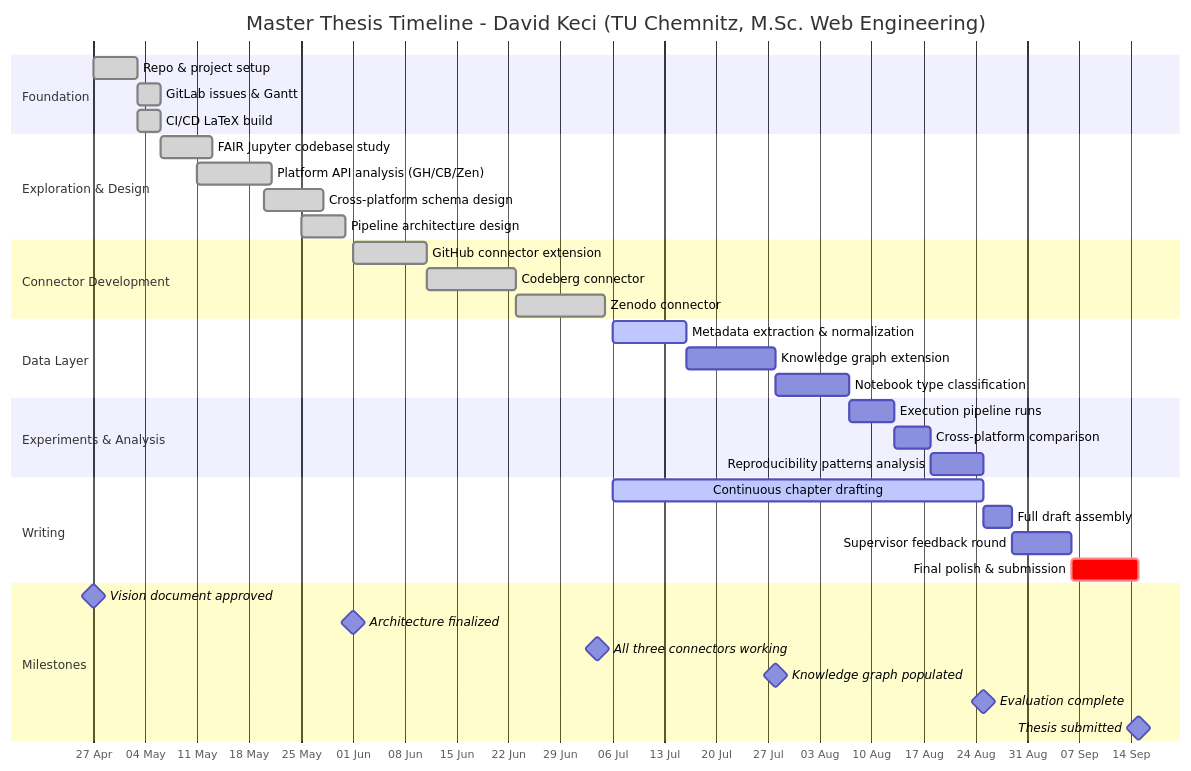
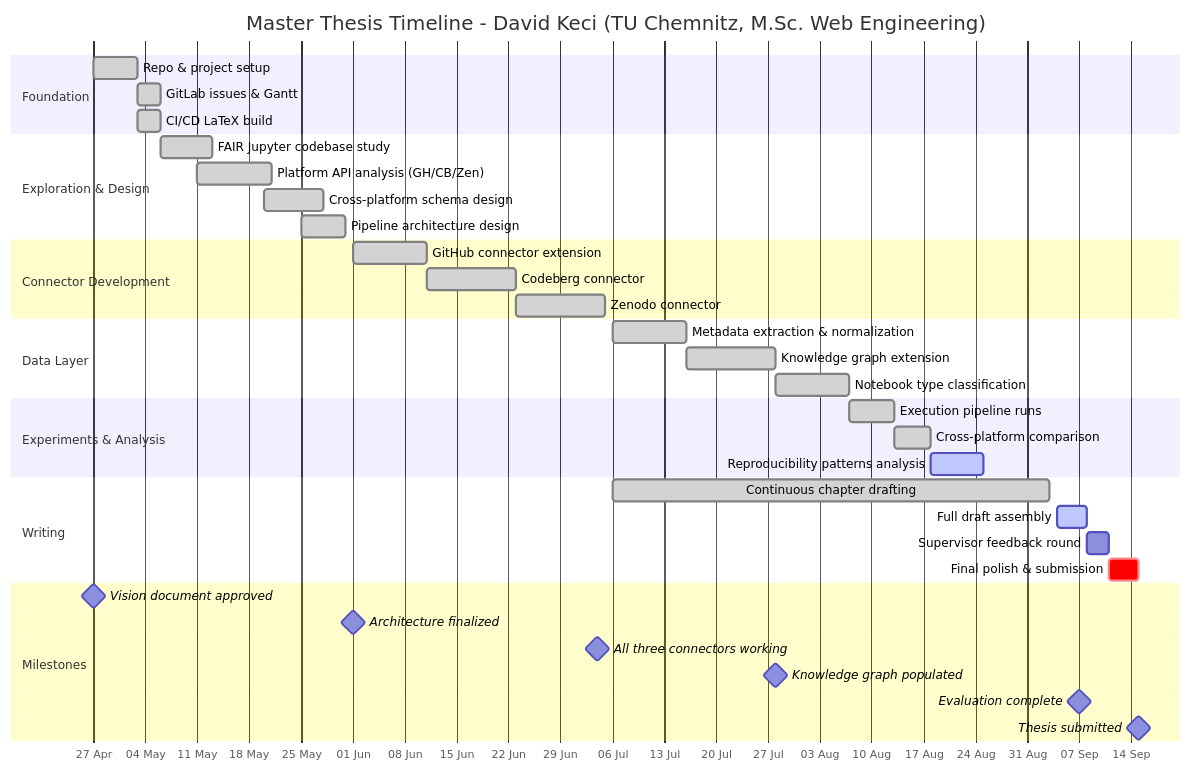
Before and after one commit to Davidi24/jupyter-notebook-reproducibility: the diagram in gantt.md, drawn with Mermaid. The commit also changed 27 other files, not shown here.

Commit message:
Update thesis writing: gantt, template, and new chapter drafts

````diff
--- a/gantt.md
+++ b/gantt.md
@@ -1,48 +1,48 @@
 ```mermaid
 gantt
     title Master Thesis Timeline - David Keci (TU Chemnitz, M.Sc. Web Engineering)
     dateFormat YYYY-MM-DD
     axisFormat %d %b
     tickInterval 1week
     weekday monday
 
     section Foundation
     Repo & project setup           :done,   f1, 2026-04-27, 6d
     GitLab issues & Gantt          :done,   f2, 2026-05-03, 3d
     CI/CD LaTeX build              :done,   f3, 2026-05-03, 3d
 
     section Exploration & Design
     FAIR Jupyter codebase study         :done, r1, 2026-05-06, 7d
     Platform API analysis (GH/CB/Zen)   :done, r2, 2026-05-11, 10d
     Cross-platform schema design        :done, r3, 2026-05-20, 8d
     Pipeline architecture design        :done, r4, 2026-05-25, 6d
 
     section Connector Development
     GitHub connector extension          :done, c1, 2026-06-01, 10d
     Codeberg connector                  :done, c2, after c1, 12d
     Zenodo connector                    :done, c3, after c2, 12d
 
     section Data Layer
-    Metadata extraction & normalization :active, d1, 2026-07-06, 10d
-    Knowledge graph extension           :        d2, after d1, 12d
-    Notebook type classification        :        d3, after d2, 10d
+    Metadata extraction & normalization :done,   d1, 2026-07-06, 10d
+    Knowledge graph extension           :done,   d2, after d1, 12d
+    Notebook type classification        :done,   d3, after d2, 10d
 
     section Experiments & Analysis
-    Execution pipeline runs             :        x1, after d3, 6d
-    Cross-platform comparison           :        x2, after x1, 5d
-    Reproducibility patterns analysis   :        x3, after x2, 7d
+    Execution pipeline runs             :done,   x1, after d3, 6d
+    Cross-platform comparison           :done,   x2, after x1, 5d
+    Reproducibility patterns analysis   :active, x3, after x2, 7d
 
     section Writing
-    Continuous chapter drafting         :active, w1, 2026-07-06, 50d
-    Full draft assembly                 :        w2, after x3, 4d
-    Supervisor feedback round           :        w3, after w2, 8d
-    Final polish & submission           :crit,   w4, after w3, 2026-09-15
+    Continuous chapter drafting         :done,   w1, 2026-07-06, 2026-09-03
+    Full draft assembly                 :active, w2, 2026-09-04, 4d
+    Supervisor feedback round           :        w3, 2026-09-08, 3d
+    Final polish & submission           :crit,   w4, 2026-09-11, 2026-09-15
 
     section Milestones
     Vision document approved            :milestone, m1, 2026-04-27, 0d
     Architecture finalized              :milestone, m2, 2026-06-01, 0d
     All three connectors working        :milestone, m3, 2026-07-04, 0d
     Knowledge graph populated           :milestone, m4, 2026-07-28, 0d
-    Evaluation complete                 :milestone, m5, 2026-08-25, 0d
+    Evaluation complete                 :milestone, m5, 2026-09-07, 0d
     Thesis submitted                    :milestone, m6, 2026-09-15, 0d
 ```
````
